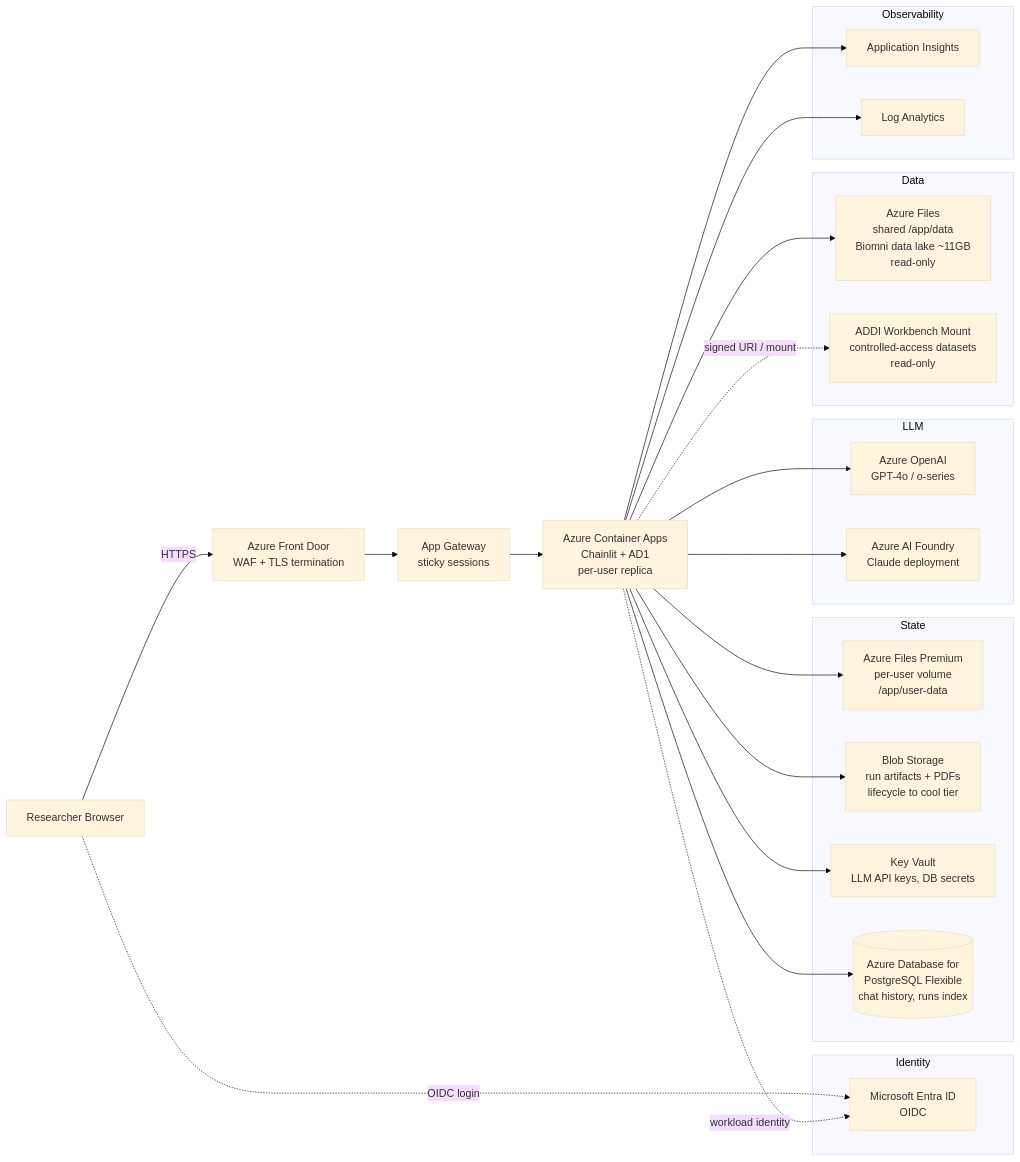
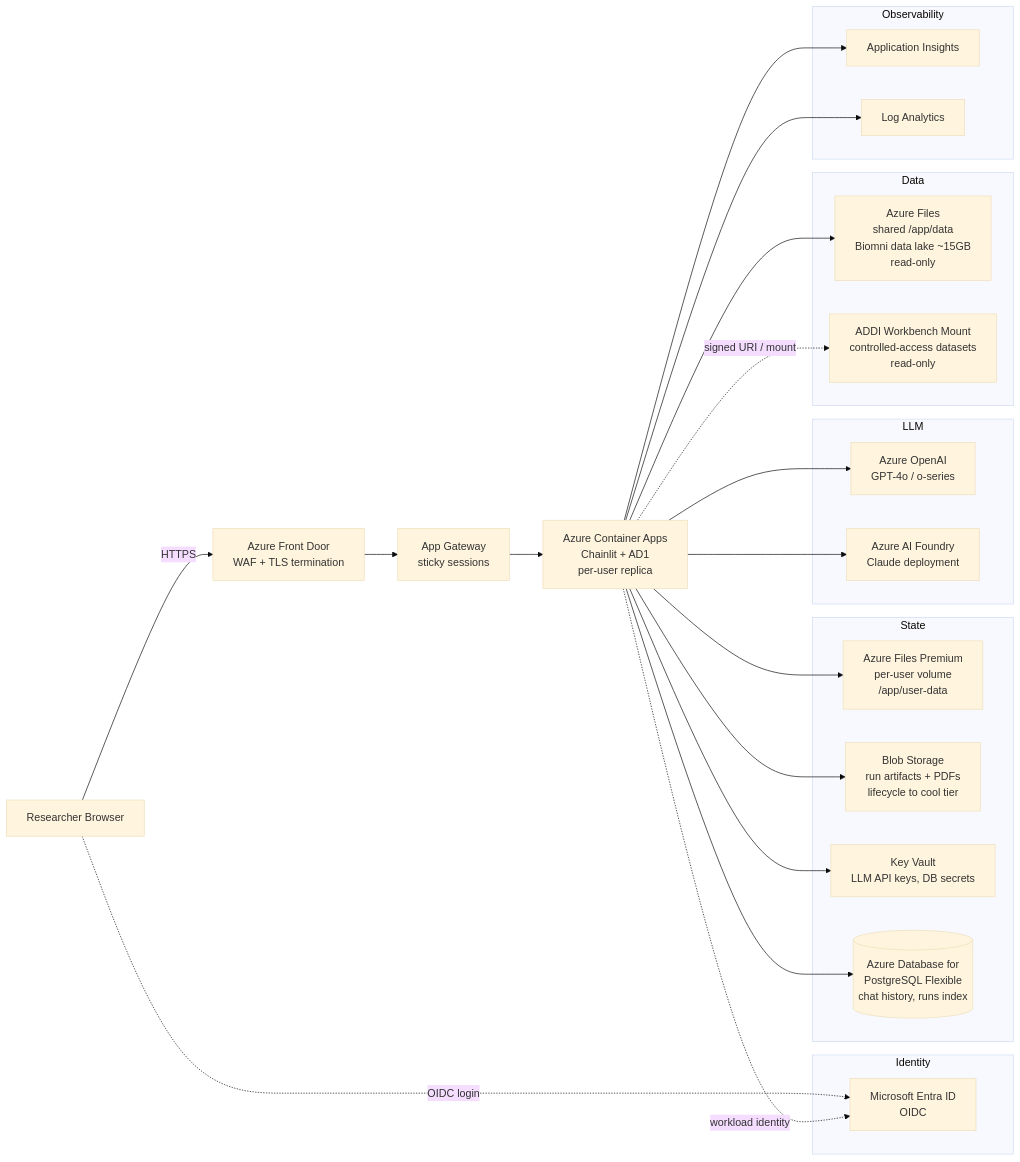
The third of 3 diagrams in ARCHITECTURE.md (Kaimen-Inc/Biomni-AD), drawn with Mermaid (base theme) before and after one commit. The commit also changed other lines of this file and 4 other files, not shown here.

````diff
--- a/ARCHITECTURE.md
+++ b/ARCHITECTURE.md
@@ -528,44 +528,44 @@
 ```mermaid
 graph LR
     User[Researcher Browser] -->|HTTPS| FrontDoor[Azure Front Door<br/>WAF + TLS termination]
     FrontDoor --> AppGw[App Gateway<br/>sticky sessions]
     AppGw --> ACA[Azure Container Apps<br/>Chainlit + AD1<br/>per-user replica]
 
     subgraph Identity
         EntraID[Microsoft Entra ID<br/>OIDC]
     end
     User -.->|OIDC login| EntraID
     ACA -.->|workload identity| EntraID
 
     subgraph State
         Files[Azure Files Premium<br/>per-user volume<br/>/app/user-data]
         Blob[Blob Storage<br/>run artifacts + PDFs<br/>lifecycle to cool tier]
         KV[Key Vault<br/>LLM API keys, DB secrets]
         PG[(Azure Database for<br/>PostgreSQL Flexible<br/>chat history, runs index)]
     end
     ACA --> Files
     ACA --> Blob
     ACA --> KV
     ACA --> PG
 
     subgraph LLM
         AOAI[Azure OpenAI<br/>GPT-4o / o-series]
         AAnth[Azure AI Foundry<br/>Claude deployment]
     end
     ACA --> AOAI
     ACA --> AAnth
 
     subgraph Data
-        DataLake[Azure Files<br/>shared /app/data<br/>Biomni data lake ~11GB<br/>read-only]
+        DataLake[Azure Files<br/>shared /app/data<br/>Biomni data lake ~15GB<br/>read-only]
         ADDI[ADDI Workbench Mount<br/>controlled-access datasets<br/>read-only]
     end
     ACA --> DataLake
     ACA -.->|signed URI / mount| ADDI
 
     subgraph Observability
         AppInsights[Application Insights]
         LogAnalytics[Log Analytics]
     end
     ACA --> AppInsights
     ACA --> LogAnalytics
 ```
````
